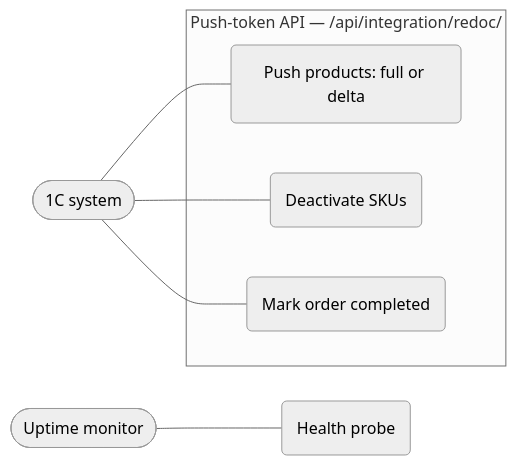
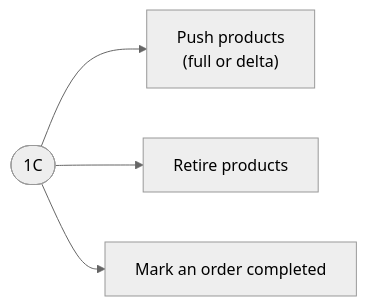
Before and after one commit to Iknow-dot/barcode-scanner-app: the fourth of 4 diagrams in docs/architecture/01-use-cases.md, drawn with Mermaid (neutral theme). The commit also changed other lines of this file and 3 other files, not shown here.

First line of the commit message:
docs(architecture): simplify diagrams to one point each

````diff
--- a/docs/architecture/01-use-cases.md
+++ b/docs/architecture/01-use-cases.md
@@ -97,15 +62,8 @@
 ```mermaid
 flowchart LR
-    onec(["1C system"])
-    monitor(["Uptime monitor"])
+    onec(["1C"])
 
-    subgraph api["Push-token API — /api/integration/redoc/"]
-        push(Push products: full or delta)
-        deactivate(Deactivate SKUs)
-        complete(Mark order completed)
-    end
-    health(Health probe)
-
-    onec --- push & deactivate & complete
-    monitor --- health
+    onec --> push["Push products<br/>(full or delta)"]
+    onec --> deactivate["Retire products"]
+    onec --> complete["Mark an order completed"]
 ```
````
